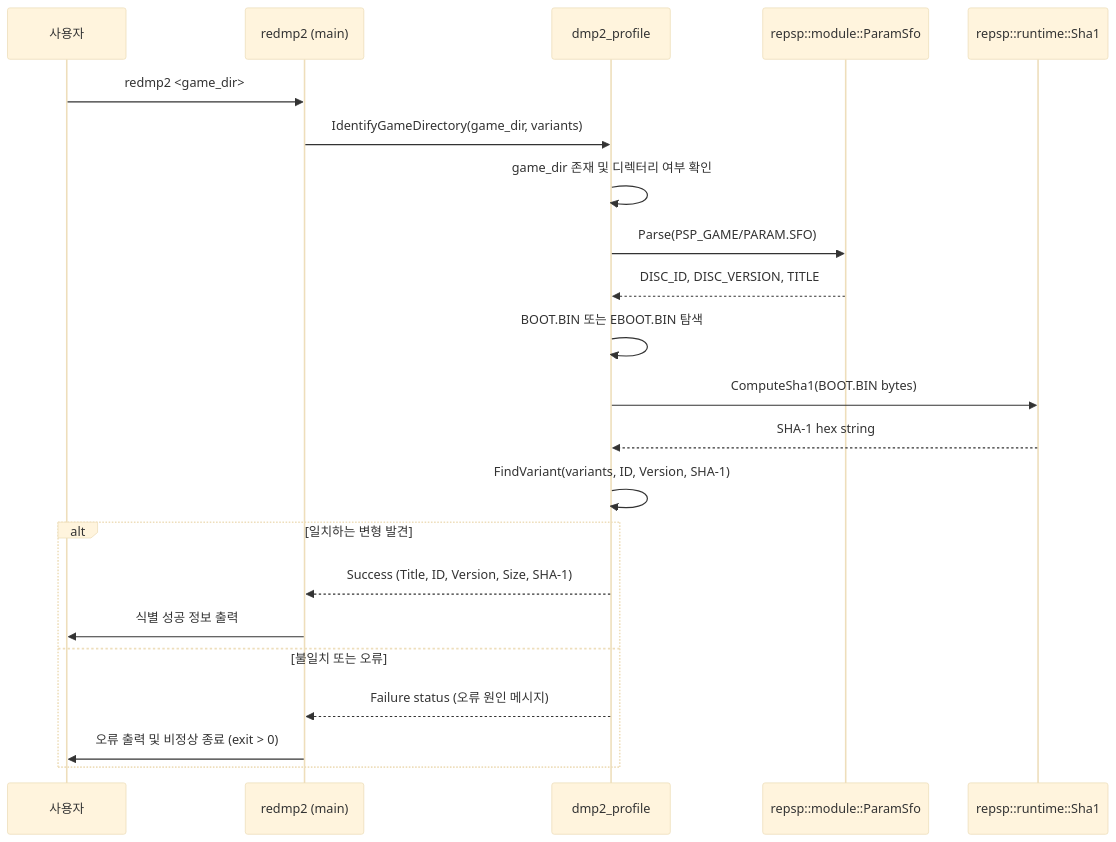
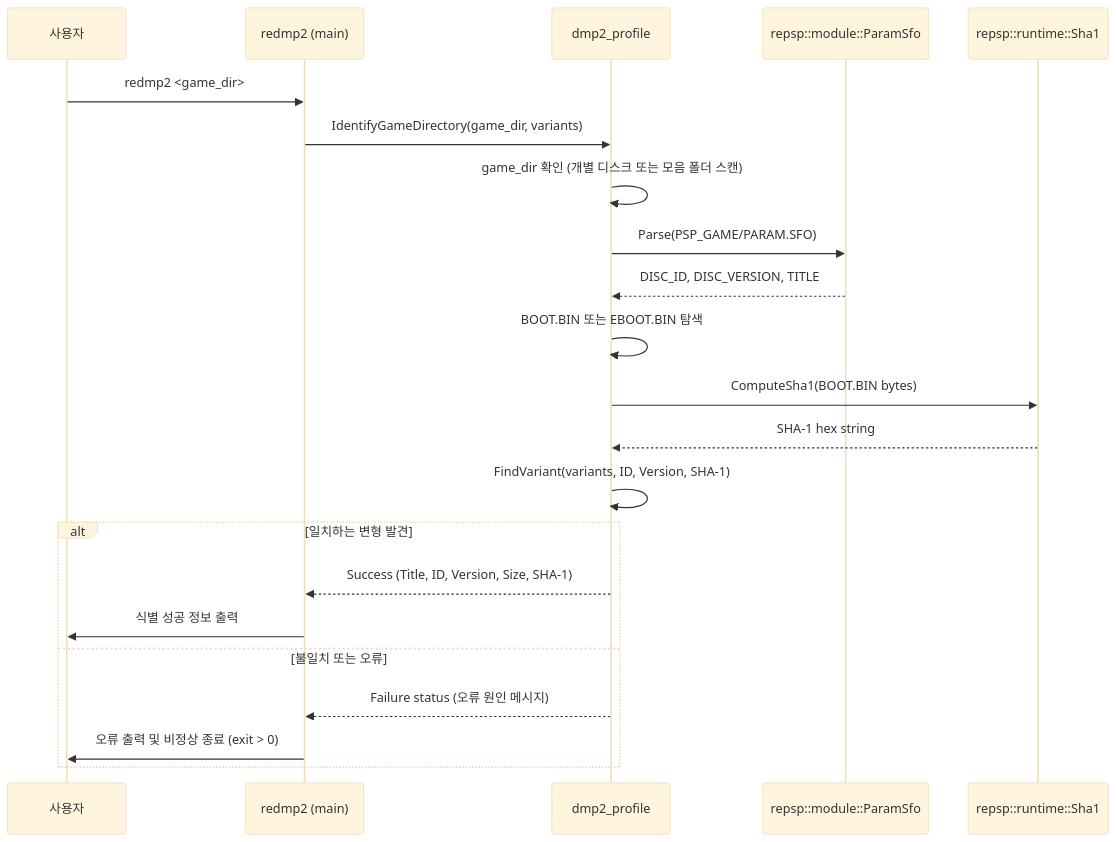
The third of 3 diagrams in ARCHITECTURE.md (reexec/reDMP2), drawn with Mermaid (base theme) before and after one commit. The commit also changed other lines of this file and 16 other files, not shown here.

````diff
--- a/ARCHITECTURE.md
+++ b/ARCHITECTURE.md
@@ -74,25 +74,25 @@
 ```mermaid
 sequenceDiagram
     participant User as 사용자
     participant App as redmp2 (main)
     participant Profile as dmp2_profile
     participant SFO as repsp::module::ParamSfo
     participant Sha1 as repsp::runtime::Sha1
 
     User->>App: redmp2 <game_dir>
     App->>Profile: IdentifyGameDirectory(game_dir, variants)
-    Profile->>Profile: game_dir 존재 및 디렉터리 여부 확인
+    Profile->>Profile: game_dir 확인 (개별 디스크 또는 모음 폴더 스캔)
     Profile->>SFO: Parse(PSP_GAME/PARAM.SFO)
     SFO-->>Profile: DISC_ID, DISC_VERSION, TITLE
     Profile->>Profile: BOOT.BIN 또는 EBOOT.BIN 탐색
     Profile->>Sha1: ComputeSha1(BOOT.BIN bytes)
     Sha1-->>Profile: SHA-1 hex string
     Profile->>Profile: FindVariant(variants, ID, Version, SHA-1)
     alt 일치하는 변형 발견
         Profile-->>App: Success (Title, ID, Version, Size, SHA-1)
         App->>User: 식별 성공 정보 출력
     else 불일치 또는 오류
         Profile-->>App: Failure status (오류 원인 메시지)
         App->>User: 오류 출력 및 비정상 종료 (exit > 0)
     end
 ```
````
